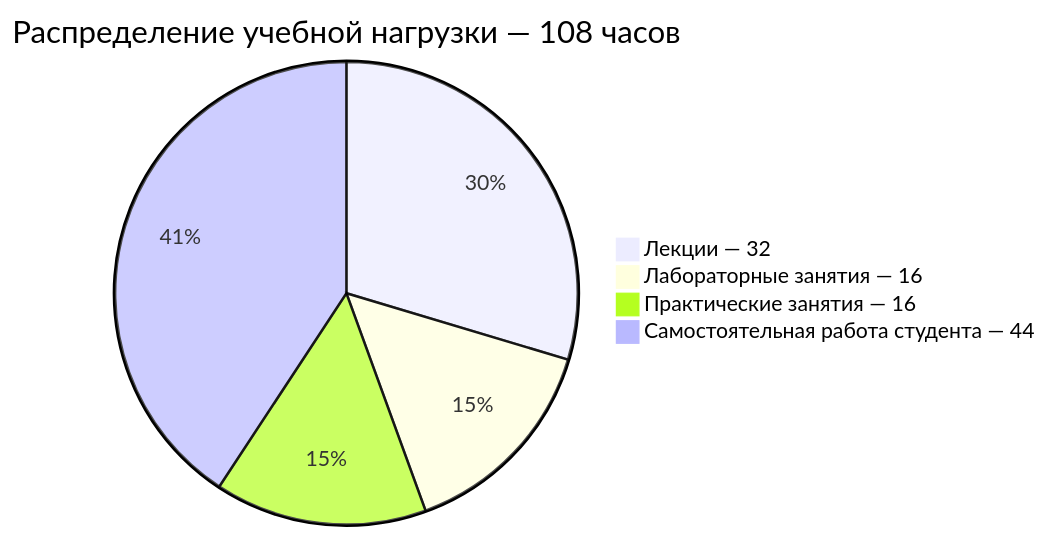
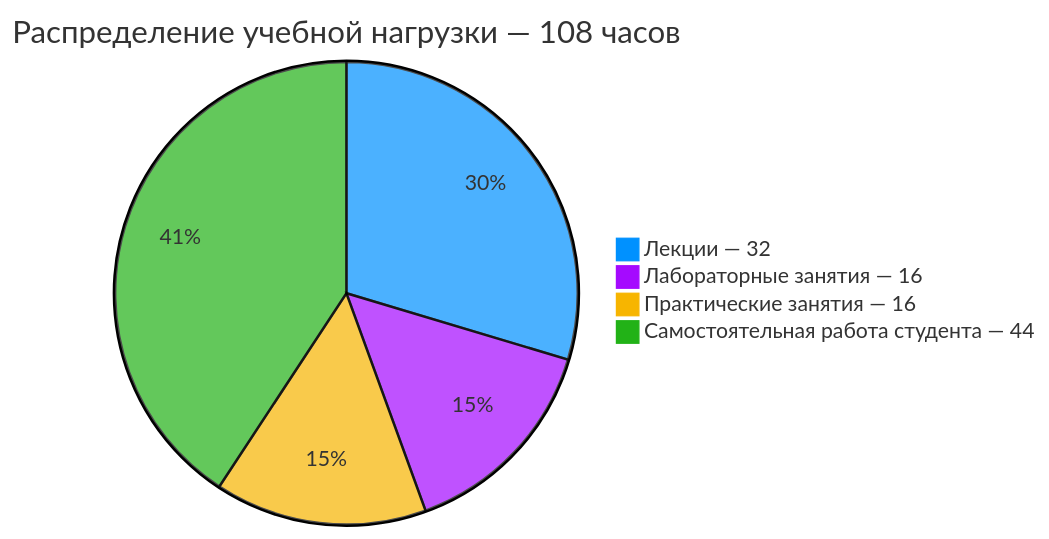
One commit to nolan-xnd/ITMO changed the diagram in Семестр 03/Физика/README.md. Above: the diagram before and after it, drawn with Mermaid. The commit also changed 7 other files, not shown here.

Commit message:
Fix chart colors

````diff
--- a/Семестр 03/Физика/README.md
+++ b/Семестр 03/Физика/README.md
@@ -10,8 +10,17 @@
 ```mermaid
+---
+config:
+    theme: base
+    themeVariables:
+        pie1: '#0091ff'
+        pie2: '#a50aff'
+        pie3: '#f7b500'
+        pie4: '#22b217'
+---
 pie 
     title Распределение учебной нагрузки — 108 часов
     "Лекции — 32" : 32
     "Лабораторные занятия — 16" : 16
     "Практические занятия — 16" : 16
     "Самостоятельная работа студента — 44" : 44
 ```
````
